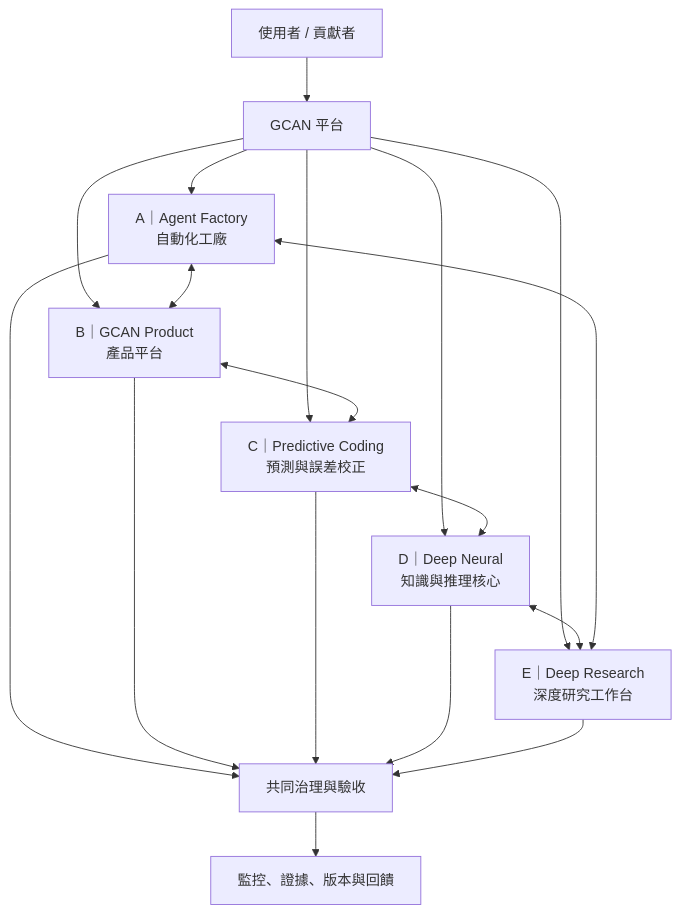
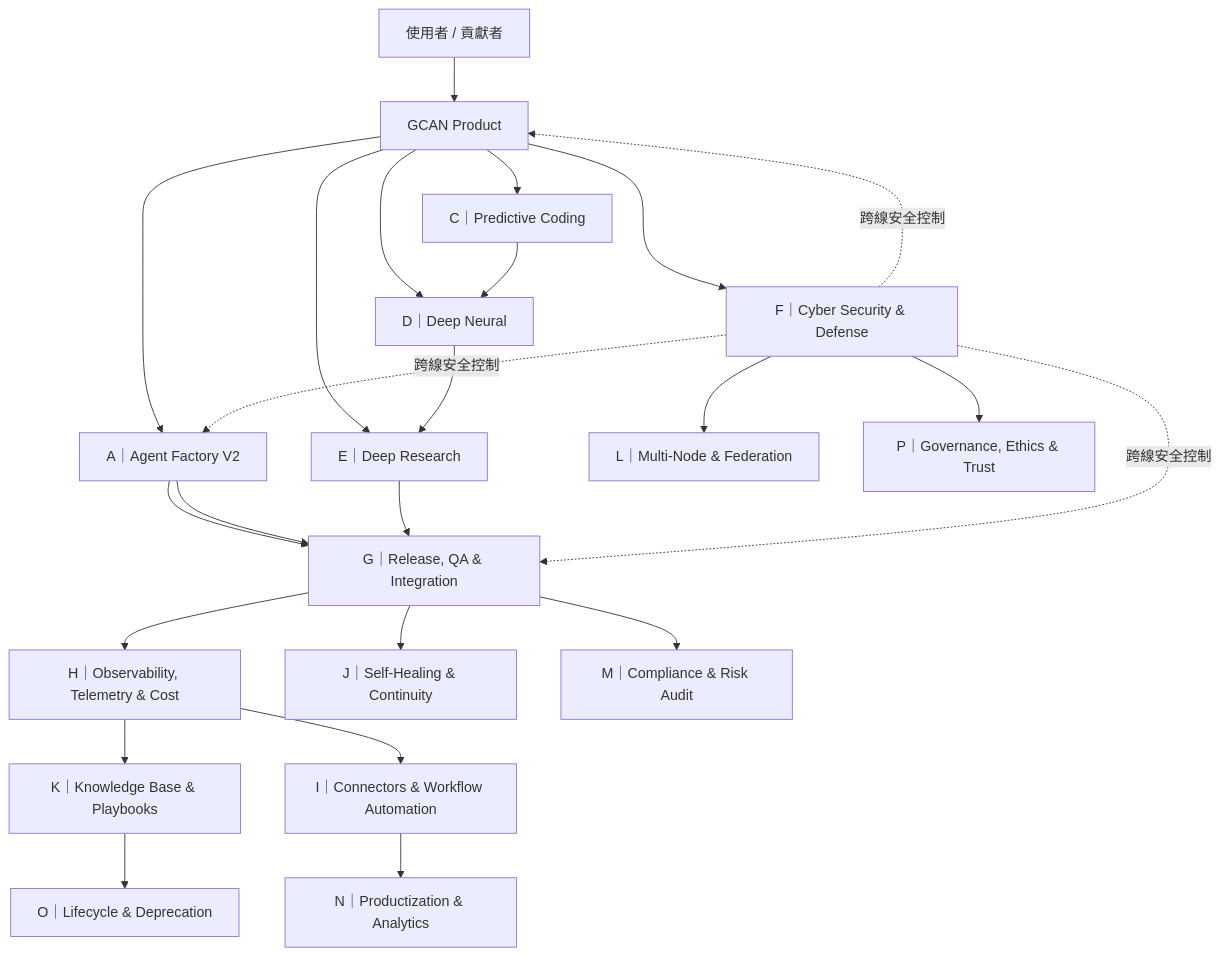
The diagram in README.md (X84657465/global-citizen-ai-network), drawn with Mermaid before and after one commit. The commit also changed other lines of this file, not shown here.

Commit message:
docs: publish A-P engineering architecture on project homepage

````diff
--- a/README.md
+++ b/README.md
@@ -57,20 +57,26 @@
 ```mermaid
 flowchart TB
-    U["使用者 / 貢獻者"] --> P["GCAN 平台"]
-    P --> A["A｜Agent Factory<br/>自動化工廠"]
-    P --> B["B｜GCAN Product<br/>產品平台"]
-    P --> C["C｜Predictive Coding<br/>預測與誤差校正"]
-    P --> D["D｜Deep Neural<br/>知識與推理核心"]
-    P --> E["E｜Deep Research<br/>深度研究工作台"]
-    A <--> B
-    B <--> C
-    C <--> D
-    D <--> E
-    E <--> A
-    A --> Q["共同治理與驗收"]
-    B --> Q
-    C --> Q
-    D --> Q
-    E --> Q
-    Q --> M["監控、證據、版本與回饋"]
+    U["使用者 / 貢獻者"] --> B["GCAN Product"]
+    B --> A["A｜Agent Factory V2"]
+    B --> C["C｜Predictive Coding"]
+    B --> D["D｜Deep Neural"]
+    B --> E["E｜Deep Research"]
+    B --> F["F｜Cyber Security & Defense"]
+    A --> G["G｜Release, QA & Integration"]
+    G --> H["H｜Observability, Telemetry & Cost"]
+    H --> K["K｜Knowledge Base & Playbooks"]
+    G --> J["J｜Self-Healing & Continuity"]
+    G --> M["M｜Compliance & Risk Audit"]
+    H --> I["I｜Connectors & Workflow Automation"]
+    I --> N["N｜Productization & Analytics"]
+    K --> O["O｜Lifecycle & Deprecation"]
+    F --> L["L｜Multi-Node & Federation"]
+    F --> P["P｜Governance, Ethics & Trust"]
+    A --> G
+    C --> D
+    D --> E
+    E --> G
+    F -. "跨線安全控制" .-> A
+    F -. "跨線安全控制" .-> B
+    F -. "跨線安全控制" .-> G
 ```
````
